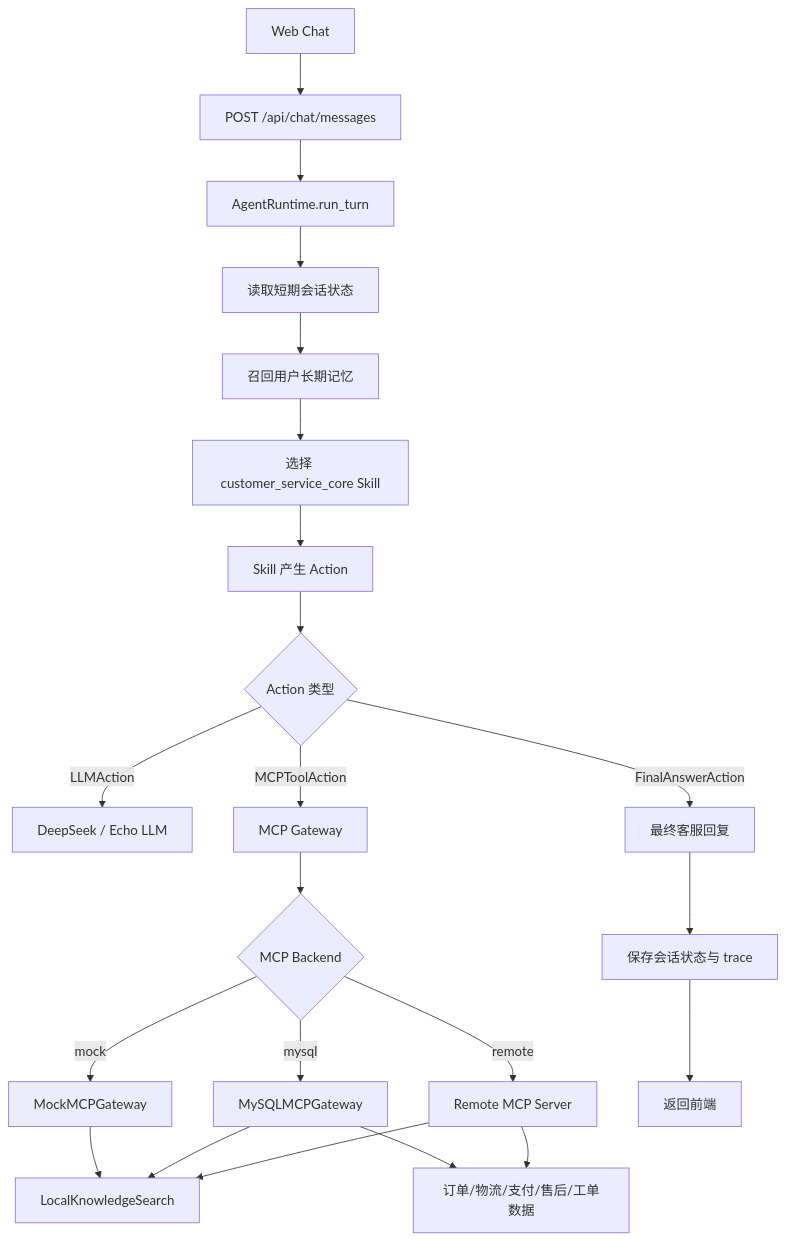
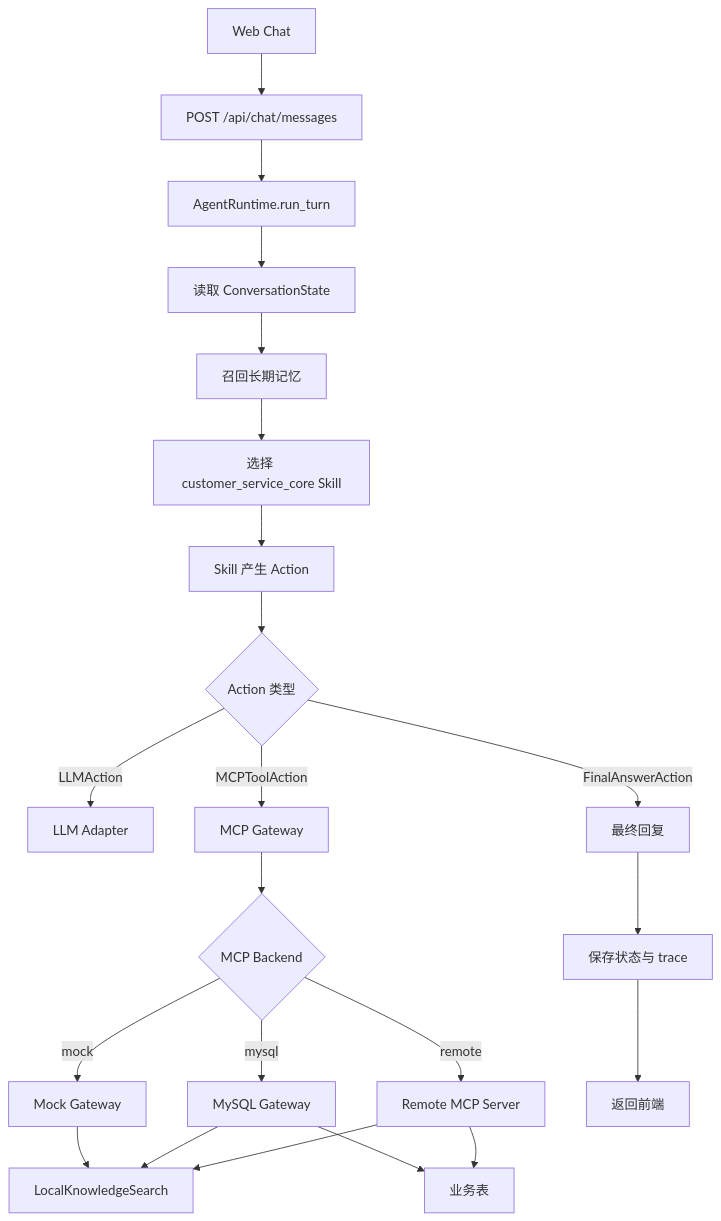
Before and after one commit to jlm191701/ecommerce-customer-service-skill-mcp: the diagram in README.md, drawn with Mermaid. The commit also changed other lines of this file and 2 other files, not shown here.

````diff
--- a/README.md
+++ b/README.md
@@ -100,24 +93,24 @@
 ```mermaid
 flowchart TD
   A["Web Chat"] --> B["POST /api/chat/messages"]
   B --> C["AgentRuntime.run_turn"]
-  C --> D["读取短期会话状态"]
-  D --> E["召回用户长期记忆"]
+  C --> D["读取 ConversationState"]
+  D --> E["召回长期记忆"]
   E --> F["选择 customer_service_core Skill"]
   F --> G["Skill 产生 Action"]
   G --> H{"Action 类型"}
-  H -->|LLMAction| I["DeepSeek / Echo LLM"]
+  H -->|LLMAction| I["LLM Adapter"]
   H -->|MCPToolAction| J["MCP Gateway"]
-  H -->|FinalAnswerAction| K["最终客服回复"]
+  H -->|FinalAnswerAction| K["最终回复"]
   J --> L{"MCP Backend"}
-  L -->|mock| M["MockMCPGateway"]
-  L -->|mysql| N["MySQLMCPGateway"]
+  L -->|mock| M["Mock Gateway"]
+  L -->|mysql| N["MySQL Gateway"]
   L -->|remote| O["Remote MCP Server"]
-  N --> P["订单/物流/支付/售后/工单数据"]
+  N --> P["业务表"]
   O --> P
   M --> Q["LocalKnowledgeSearch"]
   N --> Q
   O --> Q
-  K --> R["保存会话状态与 trace"]
+  K --> R["保存状态与 trace"]
   R --> S["返回前端"]
 ```
````
